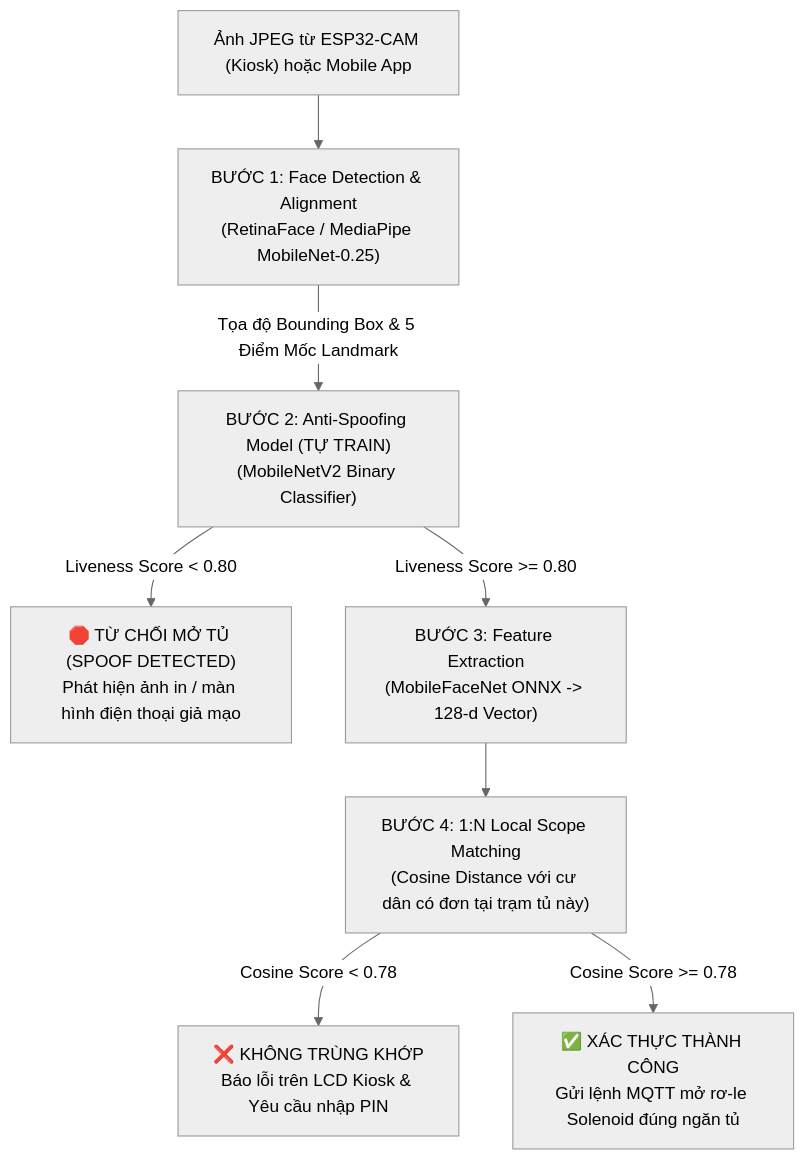
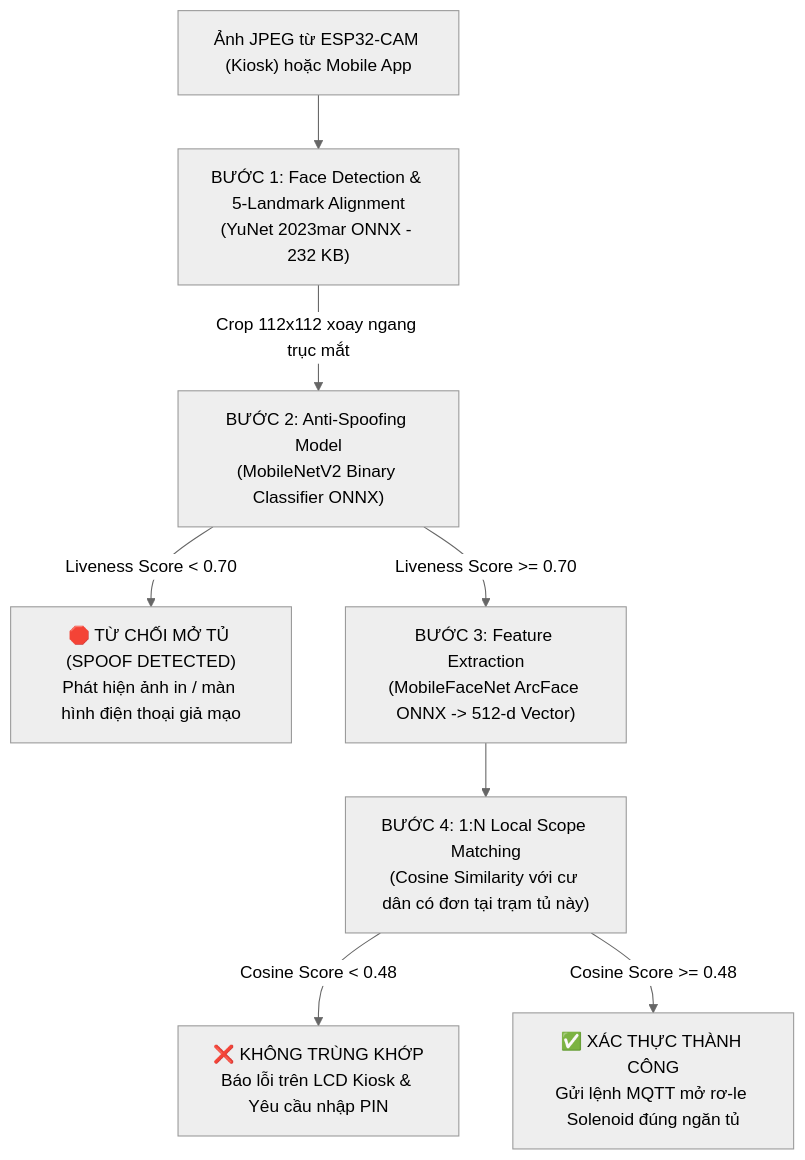
Before and after one commit to xuanphat0505/smart-locker-server: the first of 2 diagrams in src/docs/ai_face_verification_specification.md, drawn with Mermaid (neutral theme). The commit also changed other lines of this file and 10 other files, not shown here.

Commit message:
feat(ai): integrate YuNet landmark alignment and add verify-match endpoint (#17)

````diff
--- a/src/docs/ai_face_verification_specification.md
+++ b/src/docs/ai_face_verification_specification.md
@@ -29,14 +29,14 @@
 ```mermaid
 graph TD
-    A["Ảnh JPEG từ ESP32-CAM (Kiosk) hoặc Mobile App"] --> B["BƯỚC 1: Face Detection & Alignment<br/>(RetinaFace / MediaPipe MobileNet-0.25)"]
-    B -->|Tọa độ Bounding Box & 5 Điểm Mốc Landmark| C["BƯỚC 2: Anti-Spoofing Model (TỰ TRAIN)<br/>(MobileNetV2 Binary Classifier)"]
+    A["Ảnh JPEG từ ESP32-CAM (Kiosk) hoặc Mobile App"] --> B["BƯỚC 1: Face Detection & 5-Landmark Alignment<br/>(YuNet 2023mar ONNX - 232 KB)"]
+    B -->|Crop 112x112 xoay ngang trục mắt| C["BƯỚC 2: Anti-Spoofing Model<br/>(MobileNetV2 Binary Classifier ONNX)"]
     
-    C -->|Liveness Score < 0.80| D["🛑 TỪ CHỐI MỞ TỦ (SPOOF DETECTED)<br/>Phát hiện ảnh in / màn hình điện thoại giả mạo"]
+    C -->|Liveness Score < 0.70| D["🛑 TỪ CHỐI MỞ TỦ (SPOOF DETECTED)<br/>Phát hiện ảnh in / màn hình điện thoại giả mạo"]
     
-    C -->|Liveness Score >= 0.80| E["BƯỚC 3: Feature Extraction<br/>(MobileFaceNet ONNX -> 128-d Vector)"]
+    C -->|Liveness Score >= 0.70| E["BƯỚC 3: Feature Extraction<br/>(MobileFaceNet ArcFace ONNX -> 512-d Vector)"]
     
-    E --> F["BƯỚC 4: 1:N Local Scope Matching<br/>(Cosine Distance với cư dân có đơn tại trạm tủ này)"]
+    E --> F["BƯỚC 4: 1:N Local Scope Matching<br/>(Cosine Similarity với cư dân có đơn tại trạm tủ này)"]
     
-    F -->|Cosine Score < 0.78| G["❌ KHÔNG TRÙNG KHỚP<br/>Báo lỗi trên LCD Kiosk & Yêu cầu nhập PIN"]
-    F -->|Cosine Score >= 0.78| H["✅ XÁC THỰC THÀNH CÔNG<br/>Gửi lệnh MQTT mở rơ-le Solenoid đúng ngăn tủ"]
+    F -->|Cosine Score < 0.48| G["❌ KHÔNG TRÙNG KHỚP<br/>Báo lỗi trên LCD Kiosk & Yêu cầu nhập PIN"]
+    F -->|Cosine Score >= 0.48| H["✅ XÁC THỰC THÀNH CÔNG<br/>Gửi lệnh MQTT mở rơ-le Solenoid đúng ngăn tủ"]
 ```
````
